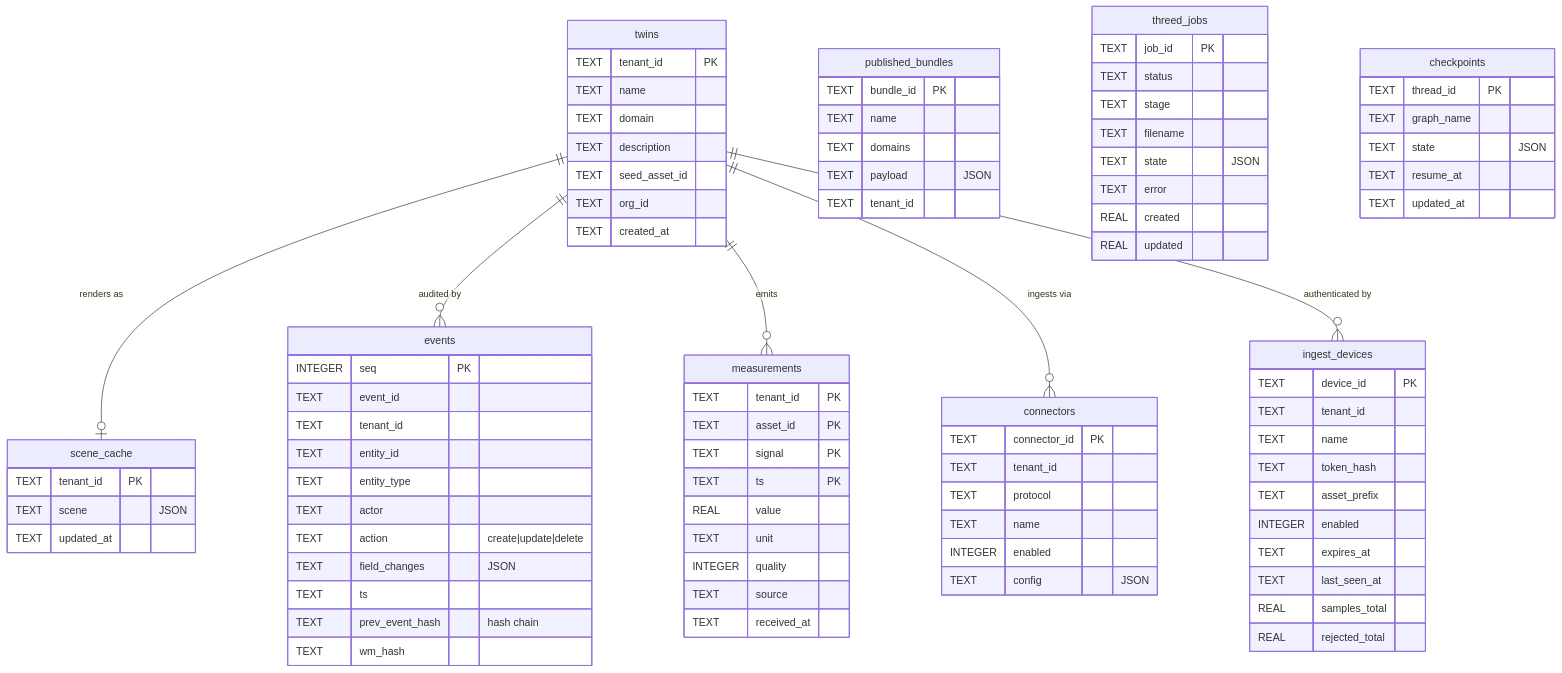
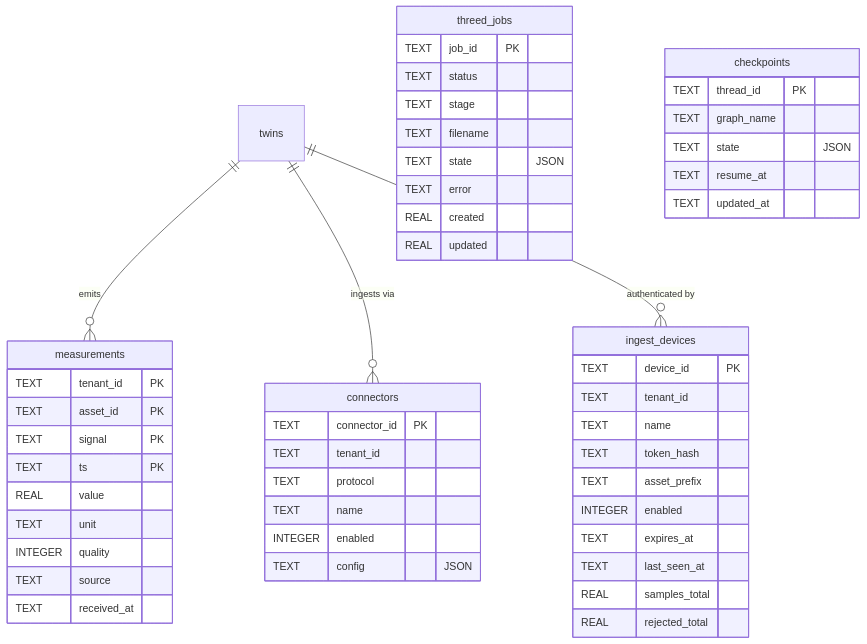
One commit to Tejesh3305/Goalcert_Digital-Twin changed the sixth of 7 diagrams in docs/ER-DIAGRAM.md. Above: the diagram before and after it, drawn with Mermaid. The commit also changed other lines of this file and 8 other files, not shown here.

````diff
--- a/docs/ER-DIAGRAM.md
+++ b/docs/ER-DIAGRAM.md
@@ -313,20 +378,9 @@
 ```mermaid
 erDiagram
-  twins ||--o| scene_cache : "renders as"
-  twins ||--o{ events : "audited by"
   twins ||--o{ measurements : "emits"
   twins ||--o{ connectors : "ingests via"
   twins ||--o{ ingest_devices : "authenticated by"
 
-  twins {
-    TEXT tenant_id PK
-    TEXT name
-    TEXT domain
-    TEXT description
-    TEXT seed_asset_id
-    TEXT org_id
-    TEXT created_at
-  }
   measurements {
     TEXT tenant_id PK
     TEXT asset_id PK
@@ -337,24 +391,6 @@
     INTEGER quality
     TEXT source
     TEXT received_at
-  }
-  events {
-    INTEGER seq PK
-    TEXT event_id
-    TEXT tenant_id
-    TEXT entity_id
-    TEXT entity_type
-    TEXT actor
-    TEXT action "create|update|delete"
-    TEXT field_changes "JSON"
-    TEXT ts
-    TEXT prev_event_hash "hash chain"
-    TEXT wm_hash
-  }
-  scene_cache {
-    TEXT tenant_id PK
-    TEXT scene "JSON"
-    TEXT updated_at
   }
   connectors {
     TEXT connector_id PK
@@ -376,13 +412,6 @@
     REAL samples_total
     REAL rejected_total
   }
-  published_bundles {
-    TEXT bundle_id PK
-    TEXT name
-    TEXT domains
-    TEXT payload "JSON"
-    TEXT tenant_id
-  }
   threed_jobs {
     TEXT job_id PK
     TEXT status
````
